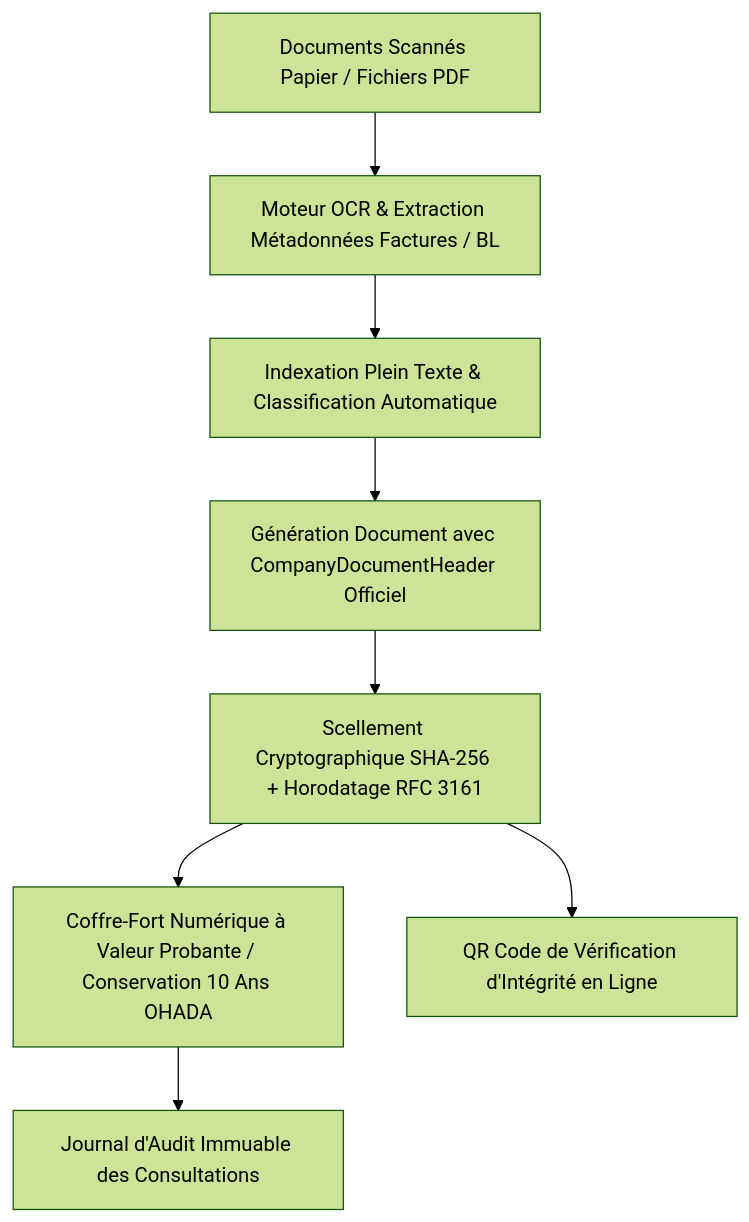
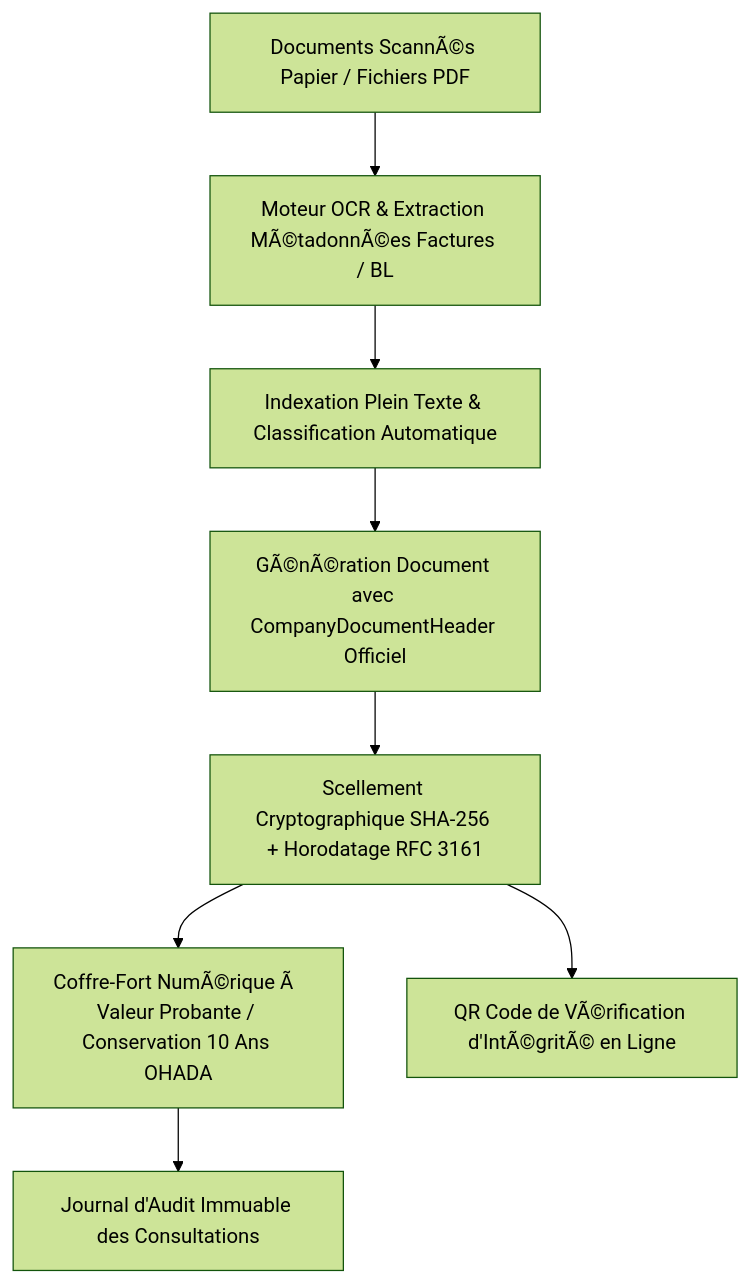
One commit to elevationchic-ux/evo-log-pro changed the diagram in RAPORT_EXPERTISE_GED_DOCUMENTS_WORKFLOW.md. Above: the diagram before and after it, drawn with Mermaid (forest theme). The commit also changed other lines of this file and 27 other files, not shown here.

````diff
--- a/RAPORT_EXPERTISE_GED_DOCUMENTS_WORKFLOW.md
+++ b/RAPORT_EXPERTISE_GED_DOCUMENTS_WORKFLOW.md
@@ -51,10 +51,10 @@
 ```mermaid
 graph TD
-    A[Documents Scannés Papier / Fichiers PDF] --> B[Moteur OCR & Extraction Métadonnées Factures / BL]
+    A[Documents ScannÃ©s Papier / Fichiers PDF] --> B[Moteur OCR & Extraction MÃ©tadonnÃ©es Factures / BL]
     B --> C[Indexation Plein Texte & Classification Automatique]
-    C --> D[Génération Document avec CompanyDocumentHeader Officiel]
+    C --> D[GÃ©nÃ©ration Document avec CompanyDocumentHeader Officiel]
     D --> E[Scellement Cryptographique SHA-256 + Horodatage RFC 3161]
-    E --> F[Coffre-Fort Numérique à Valeur Probante / Conservation 10 Ans OHADA]
+    E --> F[Coffre-Fort NumÃ©rique Ã  Valeur Probante / Conservation 10 Ans OHADA]
     F --> G[Journal d'Audit Immuable des Consultations]
-    E --> H[QR Code de Vérification d'Intégrité en Ligne]
+    E --> H[QR Code de VÃ©rification d'IntÃ©gritÃ© en Ligne]
 ```
````
